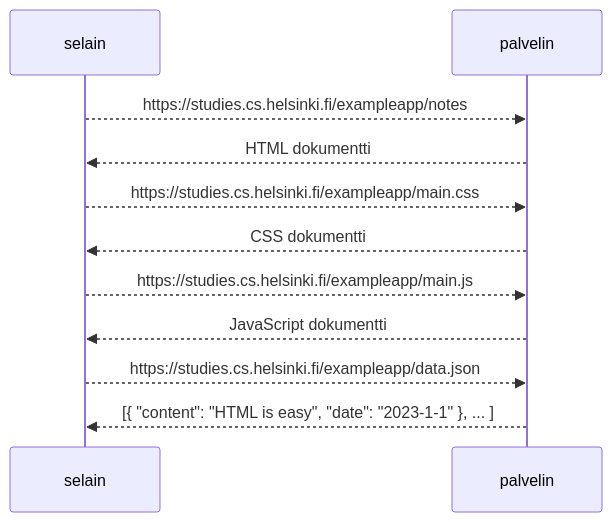
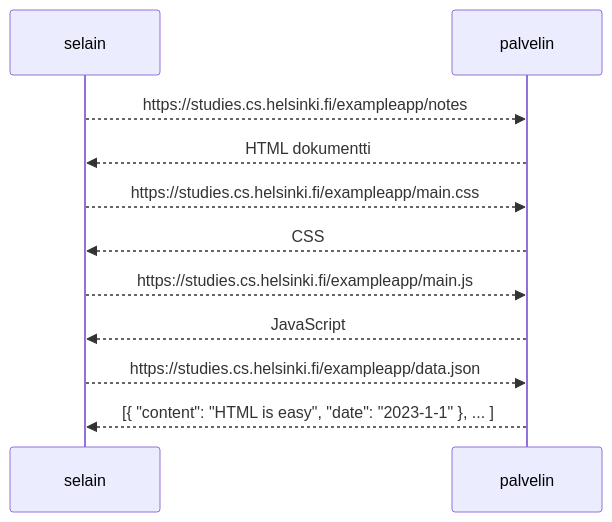
Before and after one commit to MiroIhalainen/Web-sovellusten-toimintaperiaatteet: the diagram in 04.md, drawn with Mermaid.

````diff
--- a/04.md
+++ b/04.md
@@ -2,17 +2,17 @@
 ```mermaid
 sequenceDiagram
     participant selain
     participant palvelin
 
     selain-->>palvelin: https://studies.cs.helsinki.fi/exampleapp/notes
     palvelin-->>selain: HTML dokumentti
 
     selain-->>palvelin: https://studies.cs.helsinki.fi/exampleapp/main.css
-    palvelin-->>selain: CSS dokumentti
+    palvelin-->>selain: CSS
 
     selain-->>palvelin: https://studies.cs.helsinki.fi/exampleapp/main.js
-     palvelin-->>selain: JavaScript dokumentti
+     palvelin-->>selain: JavaScript
 
     selain-->>palvelin: https://studies.cs.helsinki.fi/exampleapp/data.json
     palvelin-->>selain: [{ "content": "HTML is easy", "date": "2023-1-1" }, ... ]
 ```
````
